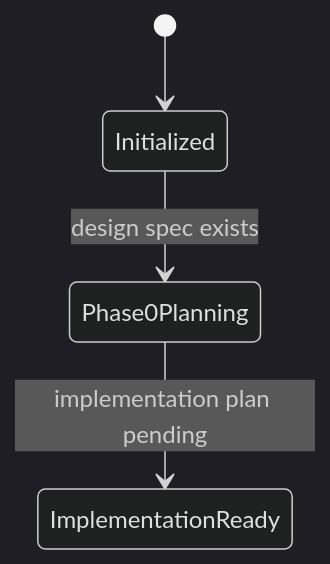
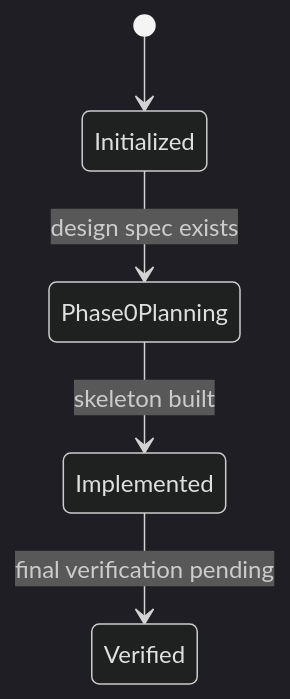
Before and after one commit to deweyou/weave: the diagram in docs/.state.md, drawn with Mermaid (dark theme). The commit also changed other lines of this file and 4 other files, not shown here.

Commit message:
docs: refresh knowledge base after phase 0 implementation

````diff
--- a/docs/.state.md
+++ b/docs/.state.md
@@ -3,6 +3,7 @@
 ```mermaid
 stateDiagram-v2
     [*] --> Initialized
     Initialized --> Phase0Planning: design spec exists
-    Phase0Planning --> ImplementationReady: implementation plan pending
+    Phase0Planning --> Implemented: skeleton built
+    Implemented --> Verified: final verification pending
 ```
````
